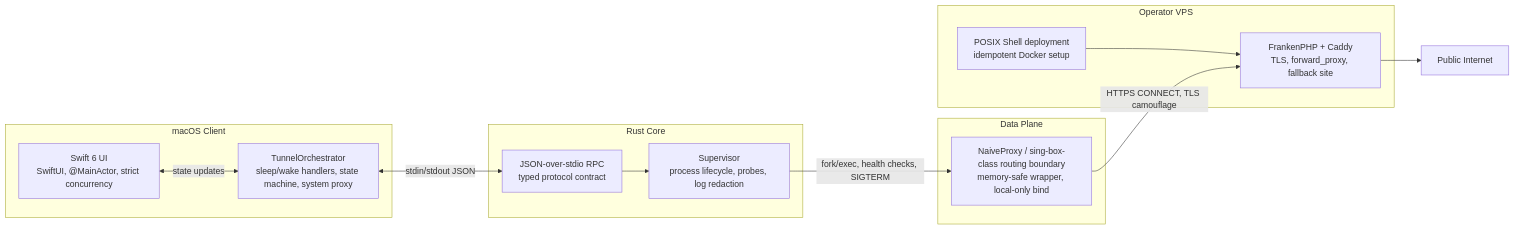
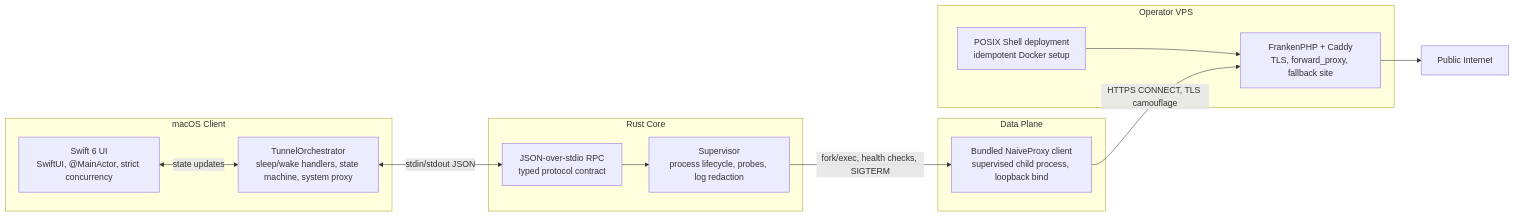
One commit to coo1white/cool-tunnel changed the diagram in README.md. Above: the diagram before and after it, drawn with Mermaid. The commit also changed other lines of this file, not shown here.

````diff
--- a/README.md
+++ b/README.md
@@ -50,29 +50,29 @@
 ```mermaid
 flowchart LR
     subgraph Mac["macOS Client"]
         UI["Swift 6 UI<br/>SwiftUI, @MainActor, strict concurrency"]
         ORC["TunnelOrchestrator<br/>sleep/wake handlers, state machine, system proxy"]
         UI <-->|state updates| ORC
     end
 
     subgraph Core["Rust Core"]
         RPC["JSON-over-stdio RPC<br/>typed protocol contract"]
         SUP["Supervisor<br/>process lifecycle, probes, log redaction"]
         RPC --> SUP
     end
 
     subgraph Data["Data Plane"]
-        NP["NaiveProxy / sing-box-class routing boundary<br/>memory-safe wrapper, local-only bind"]
+        NP["Bundled NaiveProxy client<br/>supervised child process, loopback bind"]
     end
 
     subgraph VPS["Operator VPS"]
         SH["POSIX Shell deployment<br/>idempotent Docker setup"]
         WEB["FrankenPHP + Caddy<br/>TLS, forward_proxy, fallback site"]
         SH --> WEB
     end
 
     ORC <-->|stdin/stdout JSON| RPC
     SUP -->|fork/exec, health checks, SIGTERM| NP
     NP -->|HTTPS CONNECT, TLS camouflage| WEB
     WEB --> Internet["Public Internet"]
 ```
````
